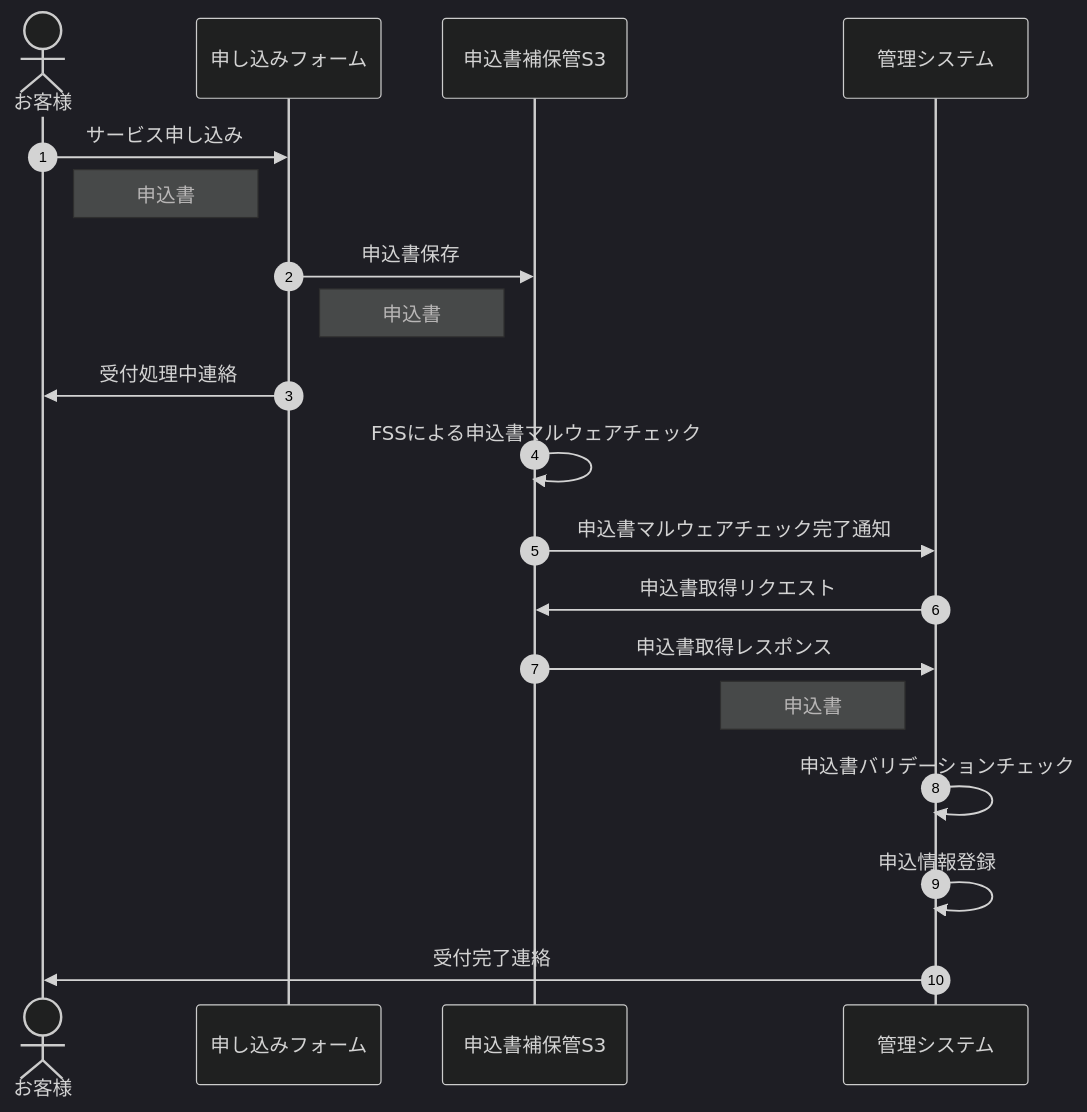
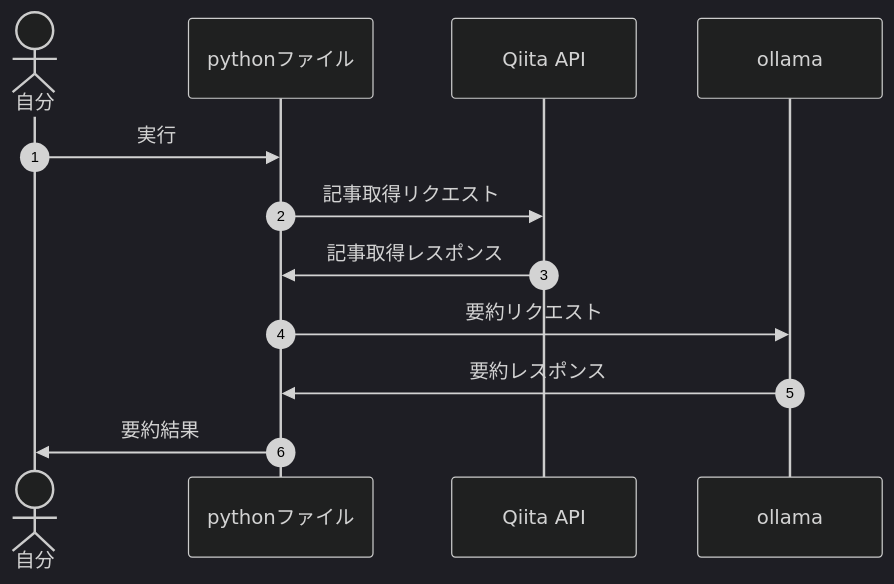
Before and after one commit to Ohira-Shunpei/zenn: the diagram in articles/4b717a23726a0b.md, drawn with Mermaid (dark theme).

````diff
--- a/articles/4b717a23726a0b.md
+++ b/articles/4b717a23726a0b.md
@@ -23,21 +23,14 @@
 ```mermaid
 sequenceDiagram
     autonumber
-    actor お客様
-    participant form as 申し込みフォーム
-    participant s3 as 申込書補保管S3
-    participant admin as 管理システム
-    お客様->>form: サービス申し込み
-    Note left of form: 申込書
-    form->>s3: 申込書保存
-    Note left of s3: 申込書
-    form->>お客様: 受付処理中連絡
-    s3->>s3: FSSによる申込書マルウェアチェック
-    s3->>admin: 申込書マルウェアチェック完了通知
-    admin->>s3: 申込書取得リクエスト
-    s3->>admin: 申込書取得レスポンス
-    Note left of admin: 申込書
-    admin->>admin: 申込書バリデーションチェック
-    admin->>admin: 申込情報登録
-    admin->>お客様: 受付完了連絡
+    actor 自分
+    participant python as pythonファイル
+    participant qiita as Qiita API
+    participant llm as ollama
+    自分->>python: 実行
+    python->>qiita: 記事取得リクエスト
+    qiita->>python: 記事取得レスポンス
+    python->>llm: 要約リクエスト
+    llm->>python: 要約レスポンス
+    python->>自分: 要約結果
 ```
````
